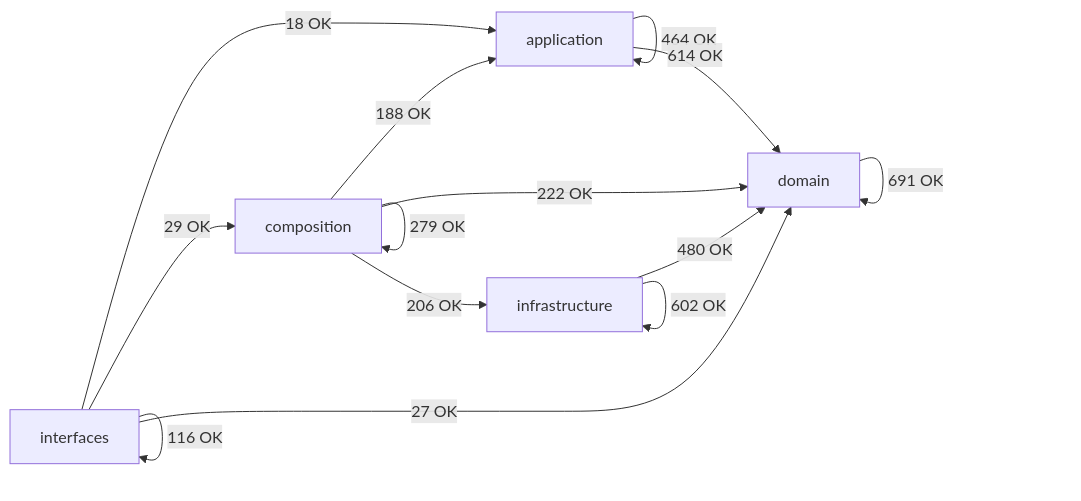
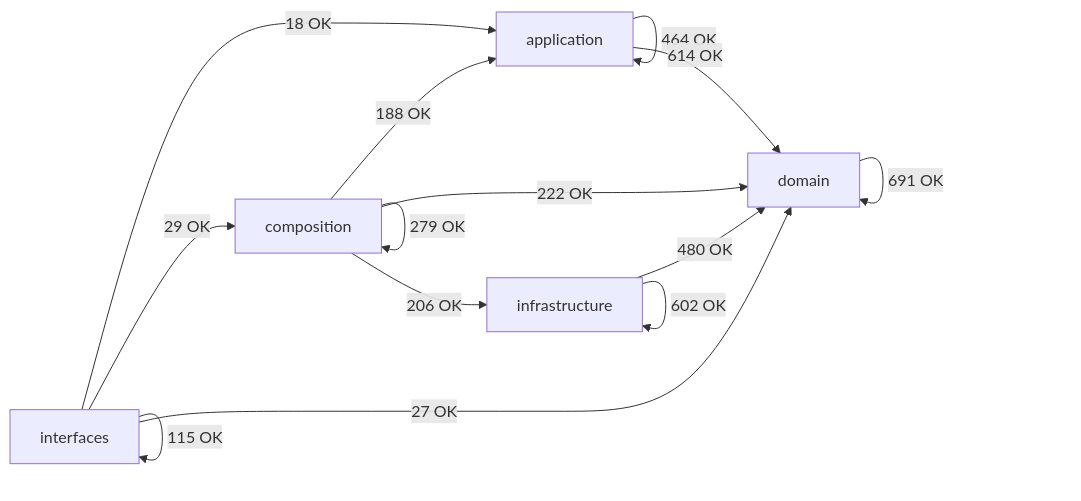
The diagram in docs/02-architecture/generated/module-dependency-map.md (SatoryKono/BioactivityDataAcquisition), drawn with Mermaid before and after one commit. The commit also changed other lines of this file and 213 other files, not shown here.

````diff
--- a/docs/02-architecture/generated/module-dependency-map.md
+++ b/docs/02-architecture/generated/module-dependency-map.md
@@ -16,21 +16,21 @@
 ```mermaid
 flowchart LR
     domain[domain]
     application[application]
     infrastructure[infrastructure]
     composition[composition]
     interfaces[interfaces]
     application -->|464 OK| application
     application -->|614 OK| domain
     composition -->|188 OK| application
     composition -->|279 OK| composition
     composition -->|222 OK| domain
     composition -->|206 OK| infrastructure
     domain -->|691 OK| domain
     infrastructure -->|480 OK| domain
     infrastructure -->|602 OK| infrastructure
     interfaces -->|18 OK| application
     interfaces -->|29 OK| composition
     interfaces -->|27 OK| domain
-    interfaces -->|116 OK| interfaces
+    interfaces -->|115 OK| interfaces
 ```
````
